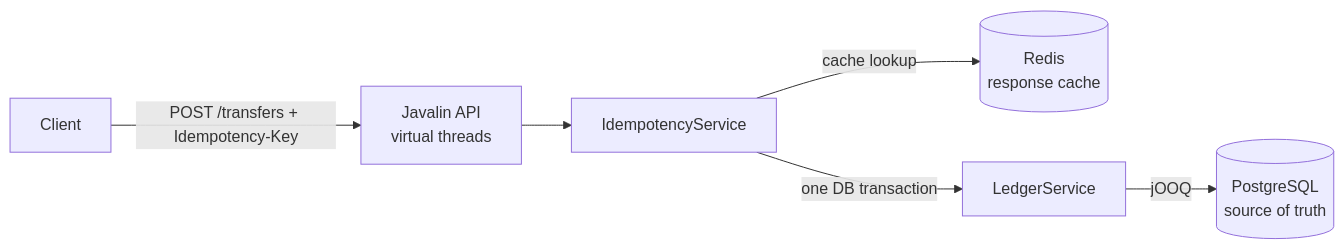
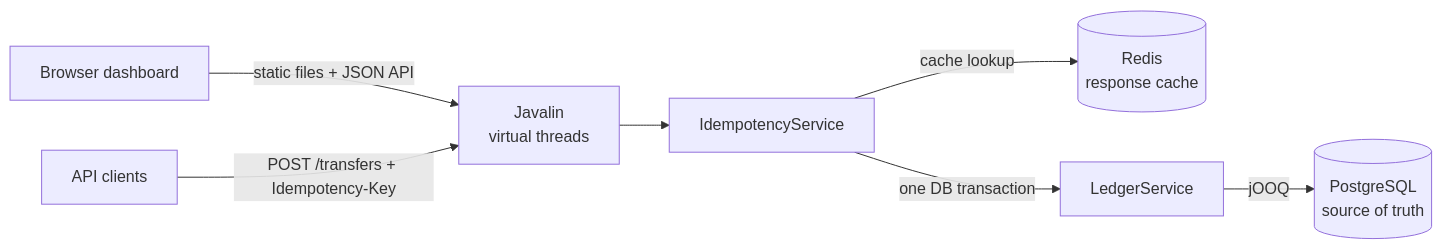
The diagram in README.md (SanicaVinayakMyana/payments-ledger), drawn with Mermaid before and after one commit. The commit also changed other lines of this file and 2 other files, not shown here.

First line of the commit message:
Update README for the dashboard

````diff
--- a/README.md
+++ b/README.md
@@ -38,8 +79,9 @@
 ```mermaid
 flowchart LR
-    C[Client] -->|"POST /transfers + Idempotency-Key"| API[Javalin API<br/>virtual threads]
+    B[Browser dashboard] -->|"static files + JSON API"| API[Javalin<br/>virtual threads]
+    C[API clients] -->|"POST /transfers + Idempotency-Key"| API
     API --> IDEM[IdempotencyService]
     IDEM -->|"cache lookup"| R[(Redis<br/>response cache)]
     IDEM -->|"one DB transaction"| L[LedgerService]
     L -->|"jOOQ"| PG[(PostgreSQL<br/>source of truth)]
 ```
````
